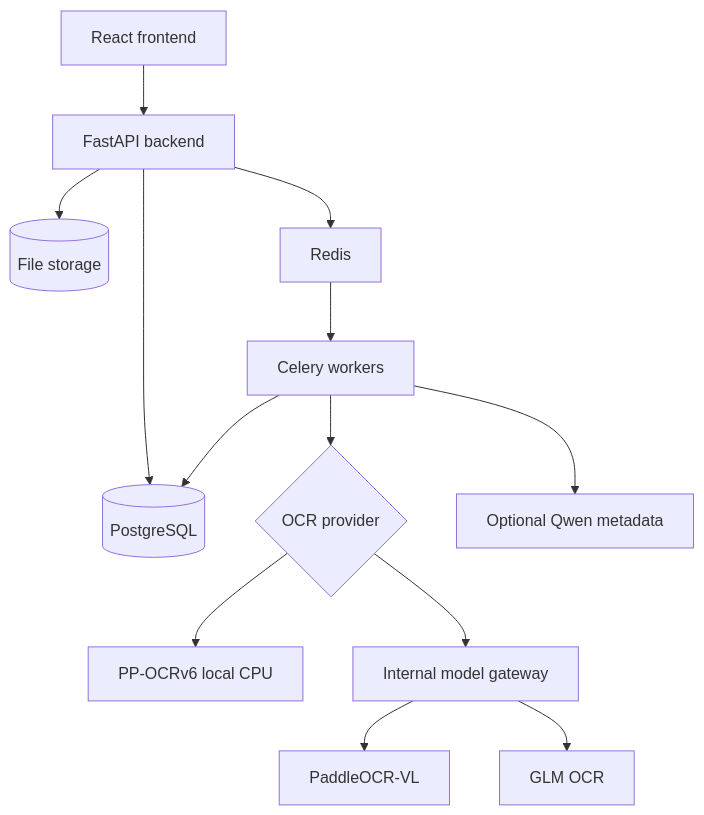
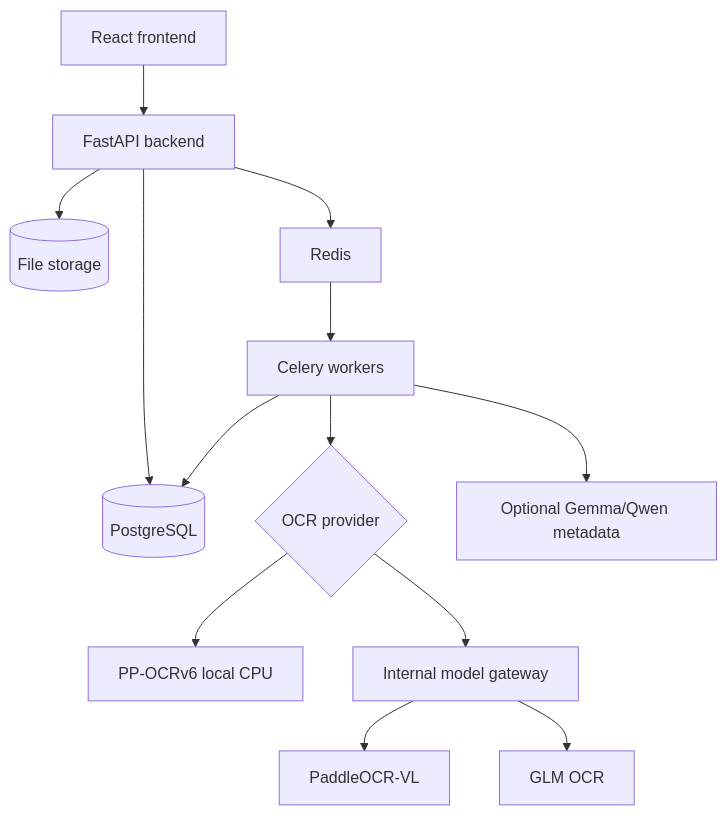
Before and after one commit to DrBearJew/OCR: the diagram in README.md, drawn with Mermaid. The commit also changed other lines of this file and 1 other file, not shown here.

Commit message:
Document Gemma E2B QAT Q4 metadata sidecar

````diff
--- a/README.md
+++ b/README.md
@@ -231,15 +246,15 @@
 ```mermaid
 flowchart TB
   UI[React frontend] --> API[FastAPI backend]
   API --> DB[(PostgreSQL)]
   API --> FS[(File storage)]
   API --> R[Redis]
   R --> W[Celery workers]
   W --> OCR{OCR provider}
   OCR --> PPOCR[PP-OCRv6 local CPU]
   OCR --> GW[Internal model gateway]
   GW --> PVL[PaddleOCR-VL]
   GW --> GLM[GLM OCR]
-  W --> QWEN[Optional Qwen metadata]
+  W --> QWEN[Optional Gemma/Qwen metadata]
   W --> DB
 ```
````
